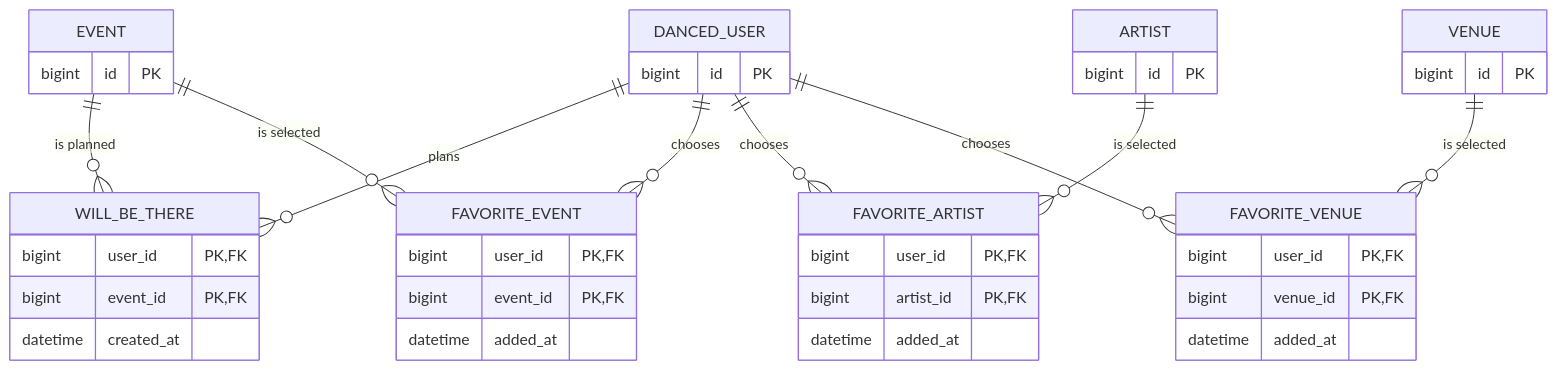
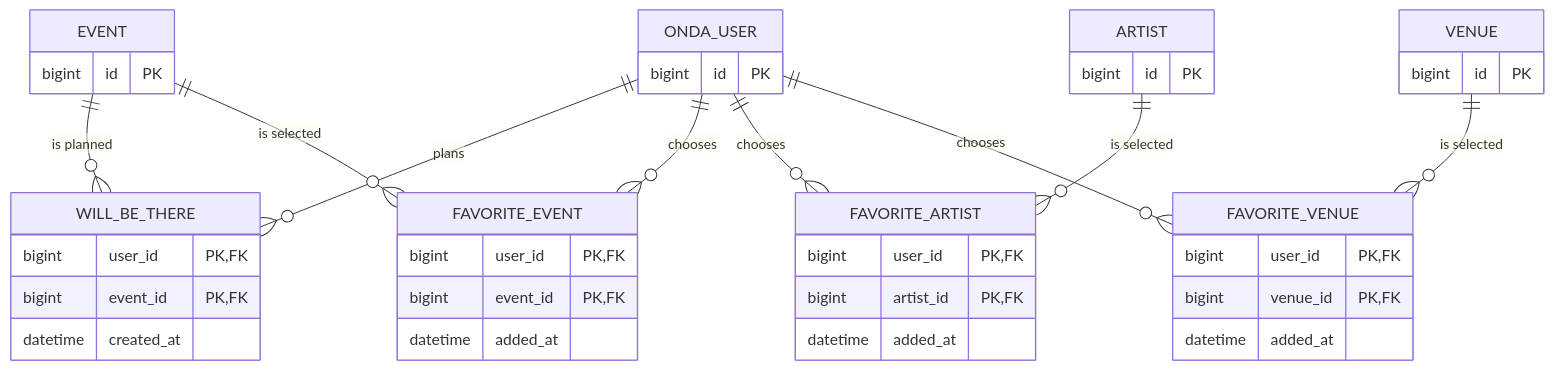
One commit to tanbaydar/onda changed the fifth of 7 diagrams in docs/DATABASE.md. Above: the diagram before and after it, drawn with Mermaid. The commit also changed other lines of this file and 201 other files, not shown here.

````diff
--- a/docs/DATABASE.md
+++ b/docs/DATABASE.md
@@ -299,52 +299,52 @@
 ```mermaid
 erDiagram
-    DANCED_USER ||--o{ WILL_BE_THERE : "plans"
+    ONDA_USER ||--o{ WILL_BE_THERE : "plans"
     EVENT ||--o{ WILL_BE_THERE : "is planned"
 
-    DANCED_USER ||--o{ FAVORITE_EVENT : "chooses"
+    ONDA_USER ||--o{ FAVORITE_EVENT : "chooses"
     EVENT ||--o{ FAVORITE_EVENT : "is selected"
-    DANCED_USER ||--o{ FAVORITE_ARTIST : "chooses"
+    ONDA_USER ||--o{ FAVORITE_ARTIST : "chooses"
     ARTIST ||--o{ FAVORITE_ARTIST : "is selected"
-    DANCED_USER ||--o{ FAVORITE_VENUE : "chooses"
+    ONDA_USER ||--o{ FAVORITE_VENUE : "chooses"
     VENUE ||--o{ FAVORITE_VENUE : "is selected"
 
-    DANCED_USER {
+    ONDA_USER {
         bigint id PK
     }
 
     EVENT {
         bigint id PK
     }
 
     ARTIST {
         bigint id PK
     }
 
     VENUE {
         bigint id PK
     }
 
     WILL_BE_THERE {
         bigint user_id PK, FK
         bigint event_id PK, FK
         datetime created_at
     }
 
     FAVORITE_EVENT {
         bigint user_id PK, FK
         bigint event_id PK, FK
         datetime added_at
     }
 
     FAVORITE_ARTIST {
         bigint user_id PK, FK
         bigint artist_id PK, FK
         datetime added_at
     }
 
     FAVORITE_VENUE {
         bigint user_id PK, FK
         bigint venue_id PK, FK
         datetime added_at
     }
 ```
````
